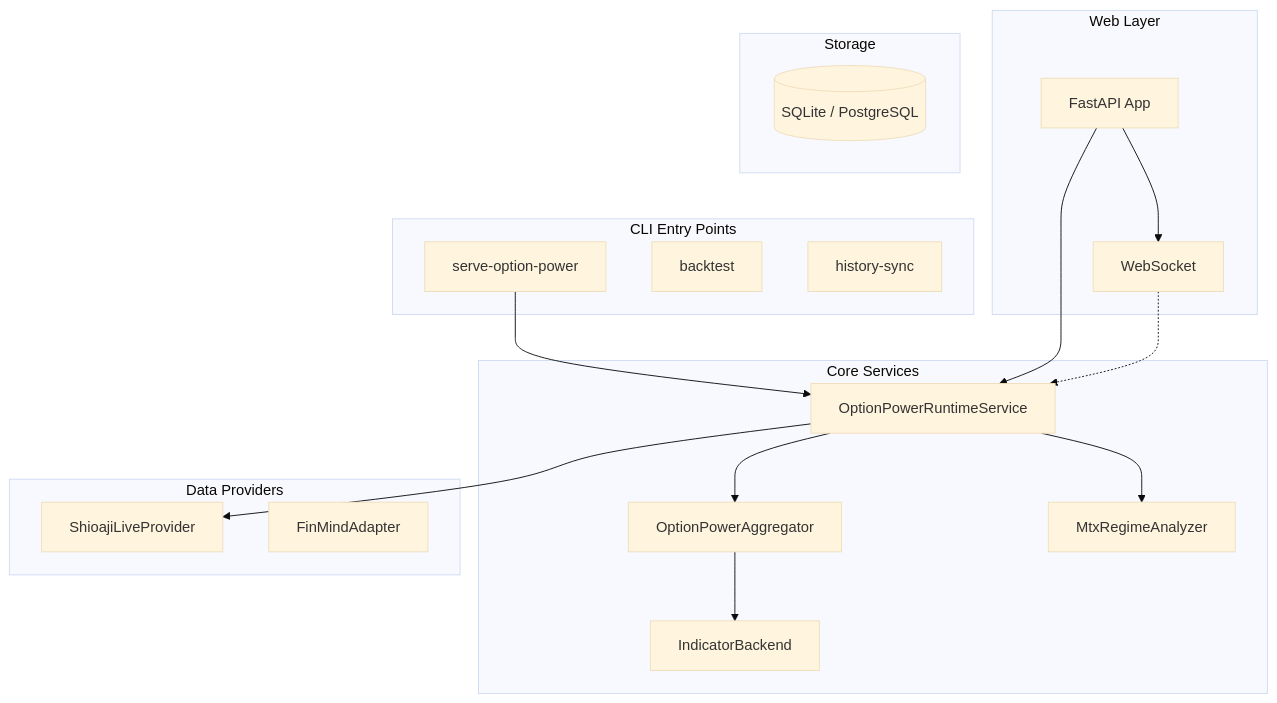
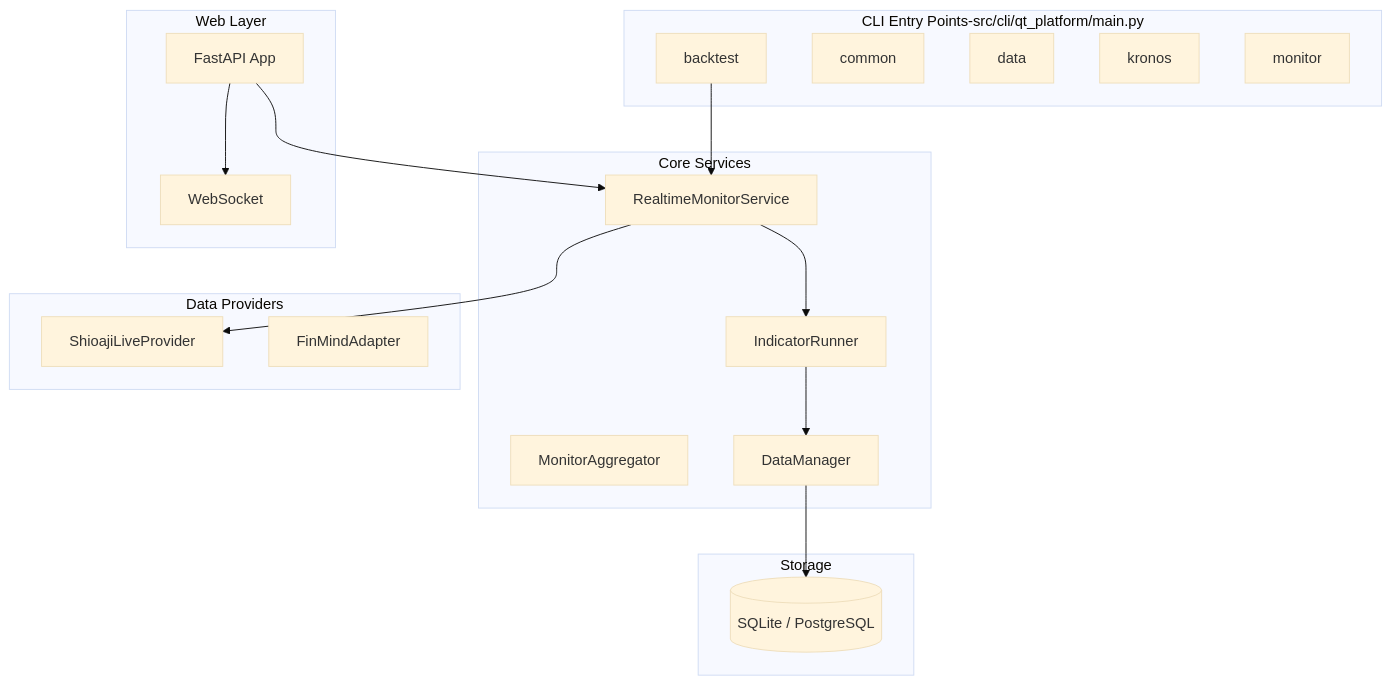
The first of 2 diagrams in docs/ARCHITECTURE.md (Tu-Szu-Chi/247_strategy), drawn with Mermaid (base theme) before and after one commit. The commit also changed other lines of this file and 45 other files, not shown here.

````diff
--- a/docs/ARCHITECTURE.md
+++ b/docs/ARCHITECTURE.md
@@ -7,38 +7,39 @@
 ```mermaid
 graph TD
-    subgraph CLI Entry Points
-        C1[serve-option-power]
-        C2[backtest]
-        C3[history-sync]
+    subgraph CLI Entry Points-src/cli/qt_platform/main.py
+        C1[backtest]
+        C2[common]
+        C3[data]
+        C4[kronos]
+        C5[monitor]
     end
 
     subgraph Core Services
-        RS[OptionPowerRuntimeService]
-        AG[OptionPowerAggregator]
-        IB[IndicatorBackend]
-        RA[MtxRegimeAnalyzer]
+        RMS[RealtimeMonitorService]
+        AG[MonitorAggregator]
+        IR[IndicatorRunner]
+        DM[DataManager]
     end
 
     subgraph Data Providers
         SP[ShioajiLiveProvider]
         FM[FinMindAdapter]
     end
 
     subgraph Web Layer
         FA[FastAPI App]
         WS[WebSocket]
     end
 
     subgraph Storage
         DB[(SQLite / PostgreSQL)]
     end
 
-    C1 --> RS
-    RS --> SP
-    RS --> AG
-    RS --> RA
-    AG --> IB
-    FA --> RS
+    C1 --> RMS
+    RMS --> SP
+    RMS --> IR
+    IR --> DM
+    DM --> DB
+    FA --> RMS
     FA --> WS
-    WS -.-> RS
 ```
````
